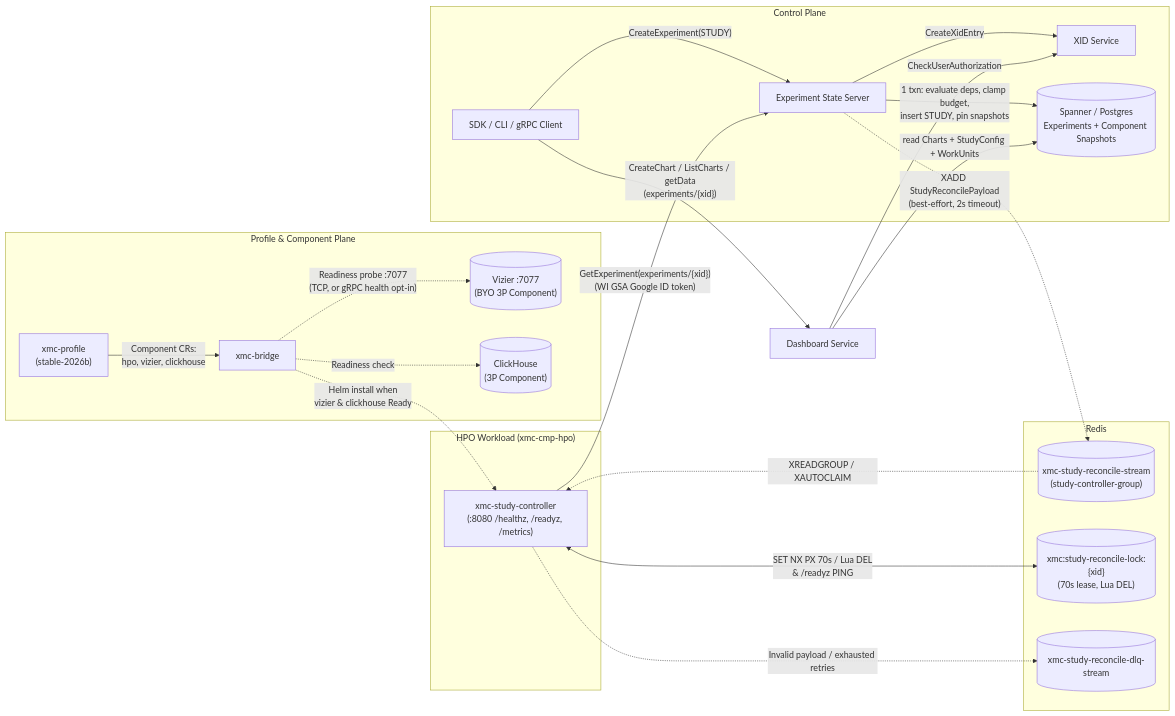
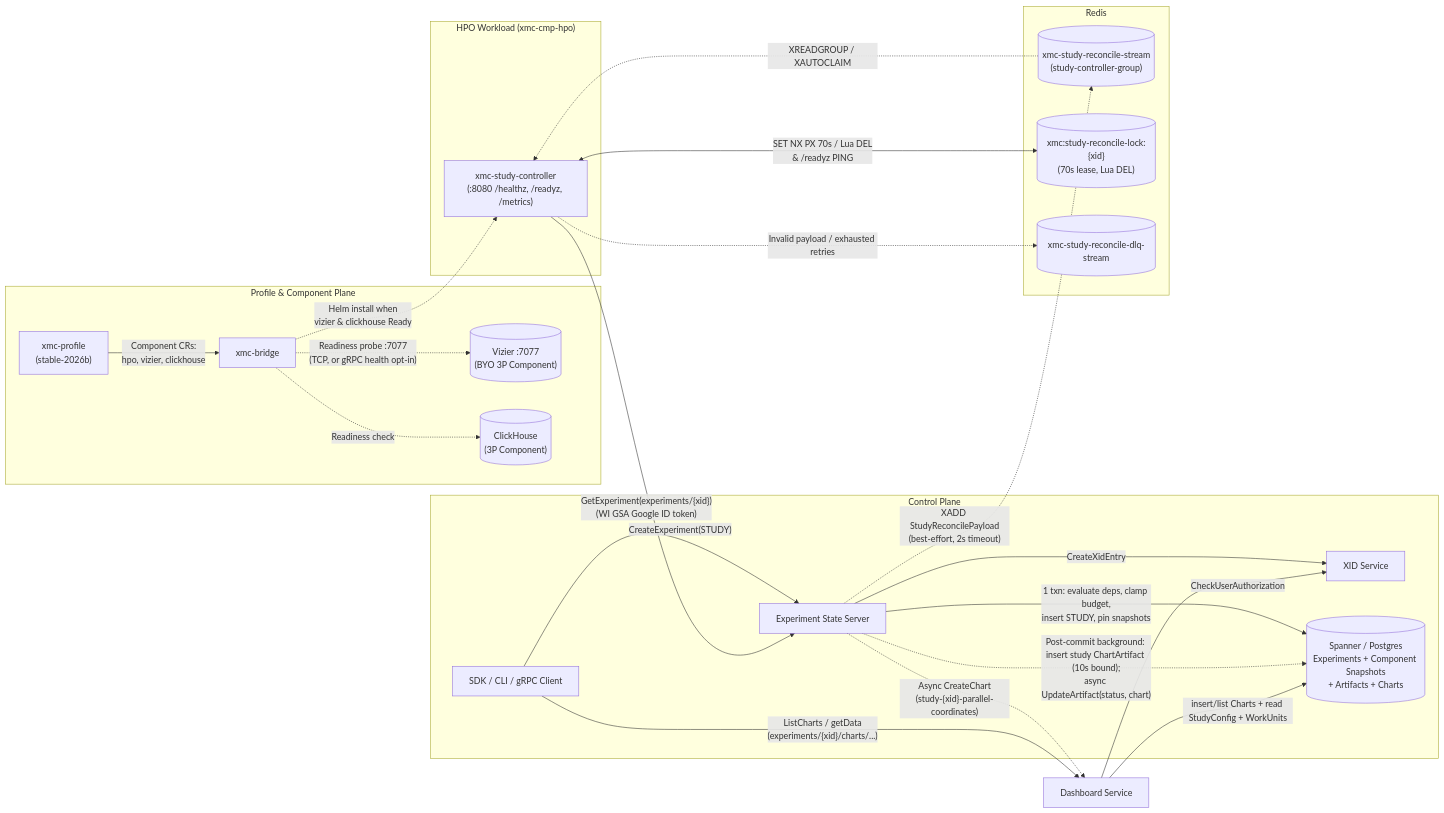
One commit to google/xmc changed the first of 3 diagrams in docs/flows/study_lifecycle.md. Above: the diagram before and after it, drawn with Mermaid. The commit also changed other lines of this file and 22 other files, not shown here.

First line of the commit message:
feat(ess): provision study parallel-coordinates chart on STUDY creation

````diff
--- a/docs/flows/study_lifecycle.md
+++ b/docs/flows/study_lifecycle.md
@@ -28,47 +30,49 @@
 ```mermaid
 flowchart LR
     subgraph Admin["Profile & Component Plane"]
         Prof["xmc-profile<br/>(stable-2026b)"]
         Bridge["xmc-bridge"]
         Viz[("Vizier :7077<br/>(BYO 3P Component)")]
         CH[("ClickHouse<br/>(3P Component)")]
     end
 
     subgraph Control["Control Plane"]
         Client["SDK / CLI / gRPC Client"]
         ESS["Experiment State Server"]
         XID["XID Service"]
-        DB[("Spanner / Postgres<br/>Experiments + Component Snapshots")]
+        DB[("Spanner / Postgres<br/>Experiments + Component Snapshots<br/>+ Artifacts + Charts")]
     end
 
     subgraph Bus["Redis"]
         Stream[("xmc-study-reconcile-stream<br/>(study-controller-group)")]
         Lock[("xmc:study-reconcile-lock:{xid}<br/>(70s lease, Lua DEL)")]
         DLQ[("xmc-study-reconcile-dlq-stream")]
     end
 
     subgraph HPO["HPO Workload (xmc-cmp-hpo)"]
         SC["xmc-study-controller<br/>(:8080 /healthz, /readyz, /metrics)"]
     end
 
     DS["Dashboard Service"]
 
     Prof -->|"Component CRs:<br/>hpo, vizier, clickhouse"| Bridge
     Bridge -.->|"Readiness probe :7077<br/>(TCP, or gRPC health opt-in)"| Viz
     Bridge -.->|"Readiness check"| CH
     Bridge -.->|"Helm install when<br/>vizier & clickhouse Ready"| SC
 
     Client -->|"CreateExperiment(STUDY)"| ESS
     ESS -->|"CreateXidEntry"| XID
     ESS -->|"1 txn: evaluate deps, clamp budget,<br/>insert STUDY, pin snapshots"| DB
     ESS -.->|"XADD StudyReconcilePayload<br/>(best-effort, 2s timeout)"| Stream
+    ESS -.->|"Post-commit background: insert study ChartArtifact (10s bound);<br/>async UpdateArtifact(status, chart)"| DB
+    ESS -.->|"Async CreateChart<br/>(study-{xid}-parallel-coordinates)"| DS
 
     Stream -.->|"XREADGROUP / XAUTOCLAIM"| SC
     SC <-->|"SET NX PX 70s / Lua DEL<br/>& /readyz PING"| Lock
     SC -->|"GetExperiment(experiments/{xid})<br/>(WI GSA Google ID token)"| ESS
     SC -.->|"Invalid payload / exhausted retries"| DLQ
 
-    Client -->|"CreateChart / ListCharts / getData<br/>(experiments/{xid})"| DS
+    Client -->|"ListCharts / getData<br/>(experiments/{xid}/charts/...)"| DS
     DS -->|"CheckUserAuthorization"| XID
-    DS -->|"read Charts + StudyConfig + WorkUnits"| DB
+    DS -->|"insert/list Charts + read StudyConfig + WorkUnits"| DB
 ```
````
